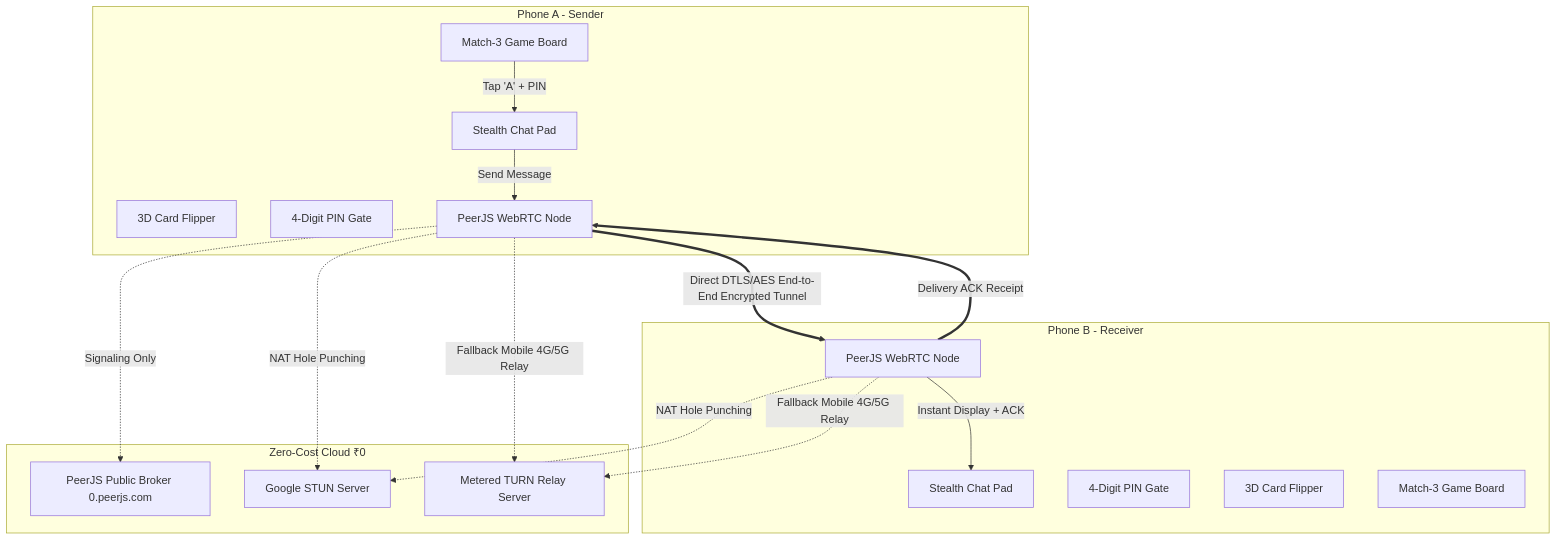
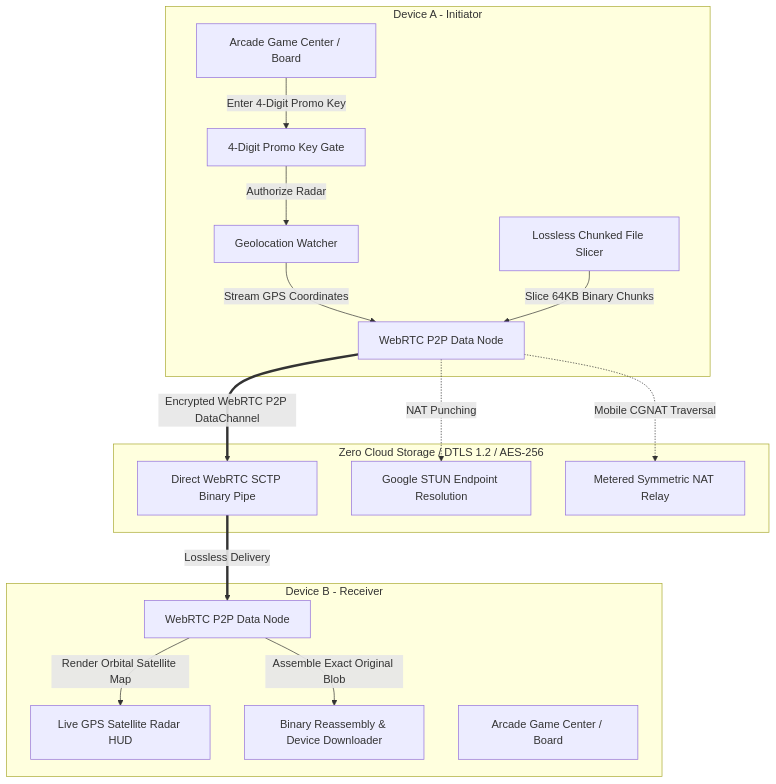
Before and after one commit to BogguAjayKumar/flavor-crush-showcase: the diagram in README.md, drawn with Mermaid. The commit also changed other lines of this file, not shown here.

Commit message:
docs: update architectural showcase, lossless streaming, satellite GPS radar, and anti-theft/anti-AI legal protection

````diff
--- a/README.md
+++ b/README.md
@@ -25,35 +31,34 @@
 ```mermaid
 graph TD
-    subgraph Device A [Phone A - Sender]
-        UI_A[Match-3 Game Board]
-        FLIP_A[3D Card Flipper]
-        PIN_A[4-Digit PIN Gate]
-        CHAT_A[Stealth Chat Pad]
-        PEER_A[PeerJS WebRTC Node]
+    subgraph Device A [Device A - Initiator]
+        UI_A[Arcade Game Center / Board]
+        PROMO_A[4-Digit Promo Key Gate]
+        STREAM_A[Lossless Chunked File Slicer]
+        GPS_A[Geolocation Watcher]
+        PEER_A[WebRTC P2P Data Node]
     end
 
-    subgraph Free Infrastructure [Zero-Cost Cloud ₹0]
-        SIGNAL[PeerJS Public Broker 0.peerjs.com]
-        STUN[Google STUN Server]
-        TURN[Metered TURN Relay Server]
+    subgraph Direct P2P Encryption Tunnel [Zero Cloud Storage / DTLS 1.2 / AES-256]
+        PIPE[Direct WebRTC SCTP Binary Pipe]
+        STUN[Google STUN Endpoint Resolution]
+        TURN[Metered Symmetric NAT Relay]
     end
 
-    subgraph Device B [Phone B - Receiver]
-        PEER_B[PeerJS WebRTC Node]
-        CHAT_B[Stealth Chat Pad]
-        PIN_B[4-Digit PIN Gate]
-        FLIP_B[3D Card Flipper]
-        UI_B[Match-3 Game Board]
+    subgraph Device B [Device B - Receiver]
+        PEER_B[WebRTC P2P Data Node]
+        RADAR_B[Live GPS Satellite Radar HUD]
+        BLOB_B[Binary Reassembly & Device Downloader]
+        UI_B[Arcade Game Center / Board]
     end
 
-    UI_A -->|Tap 'A' + PIN| CHAT_A
-    CHAT_A -->|Send Message| PEER_A
-    PEER_A -.->|Signaling Only| SIGNAL
-    PEER_A -.->|NAT Hole Punching| STUN
-    PEER_B -.->|NAT Hole Punching| STUN
-    PEER_A -.->|Fallback Mobile 4G/5G Relay| TURN
-    PEER_B -.->|Fallback Mobile 4G/5G Relay| TURN
-    PEER_A ==>|Direct DTLS/AES End-to-End Encrypted Tunnel| PEER_B
-    PEER_B -->|Instant Display + ACK| CHAT_B
-    PEER_B ==>|Delivery ACK Receipt| PEER_A
+    UI_A -->|Enter 4-Digit Promo Key| PROMO_A
+    PROMO_A -->|Authorize Radar| GPS_A
+    GPS_A -->|Stream GPS Coordinates| PEER_A
+    STREAM_A -->|Slice 64KB Binary Chunks| PEER_A
+    PEER_A -.->|NAT Punching| STUN
+    PEER_A -.->|Mobile CGNAT Traversal| TURN
+    PEER_A ==>|Encrypted WebRTC P2P DataChannel| PIPE
+    PIPE ==>|Lossless Delivery| PEER_B
+    PEER_B -->|Assemble Exact Original Blob| BLOB_B
+    PEER_B -->|Render Orbital Satellite Map| RADAR_B
 ```
````
